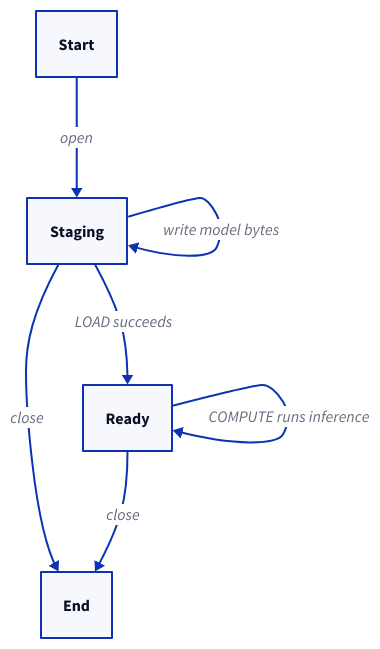
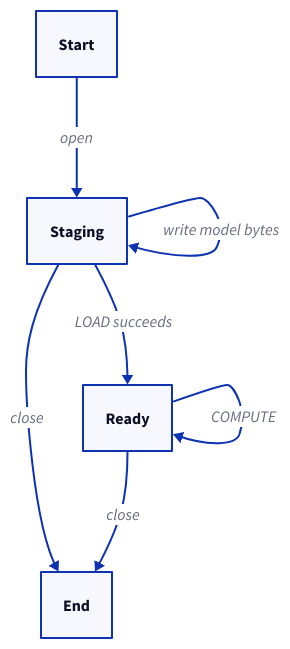
One commit to xila-project/website changed the diagram in src/content/docs/explanation/architecture/libraries/neural_network.mdx. Above: the diagram before and after it, drawn with D2. The commit also changed 6 other files, not shown here.

First line of the commit message:
docs(diagrams): apply the review findings to the libraries diagrams

````diff
--- a/src/content/docs/explanation/architecture/libraries/neural_network.mdx
+++ b/src/content/docs/explanation/architecture/libraries/neural_network.mdx
@@ -22,13 +22,13 @@
 ```d2 title="Loader descriptor lifecycle"
 direction: down
-start: Start { class: io }
+start: Start { class: component }
 staging: Staging { class: component }
 ready: Ready { class: component }
-end: End { class: io }
+end: End { class: component }
 start -> staging: open
 staging -> staging: write model bytes
 staging -> ready: LOAD succeeds
-ready -> ready: COMPUTE runs inference
+ready -> ready: COMPUTE
 staging -> end: close
 ready -> end: close
 ```
````
